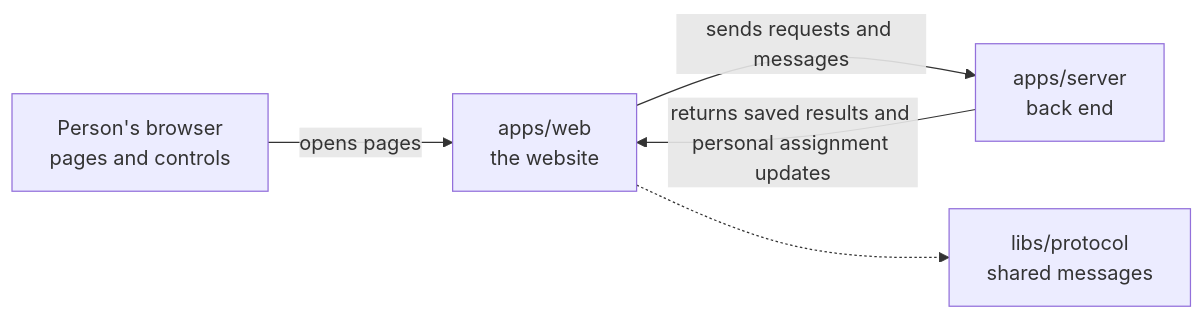
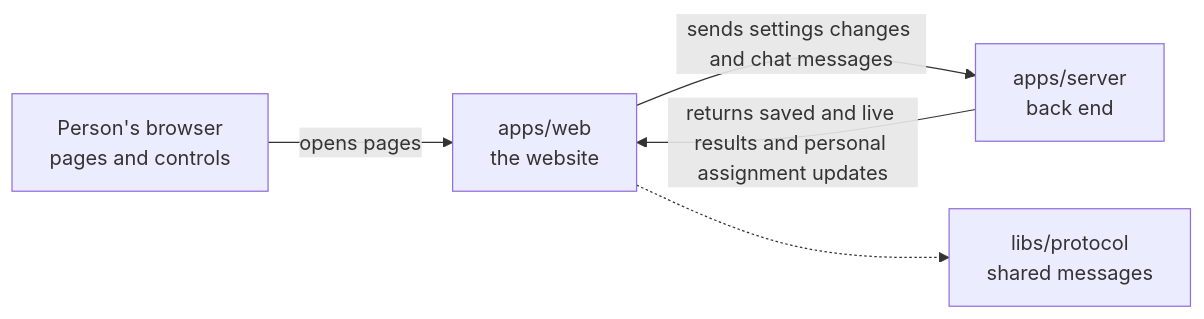
The diagram in apps/web/README.md (elewa-git/opencrane-new), drawn with Mermaid before and after one commit. The commit also changed other lines of this file and 201 other files, not shown here.

````diff
--- a/apps/web/README.md
+++ b/apps/web/README.md
@@ -17,7 +17,7 @@
 ```mermaid
 flowchart LR
   browser["Person's browser<br/>pages and controls"] -->|opens pages| web["apps/web<br/>the website"]
-  web -->|sends requests and messages| server["apps/server<br/>back end"]
-  server -->|returns saved results and personal assignment updates| web
+  web -->|sends settings changes and chat messages| server["apps/server<br/>back end"]
+  server -->|returns saved and live results and personal assignment updates| web
   web -.-> protocol["libs/protocol<br/>shared messages"]
 ```
````
